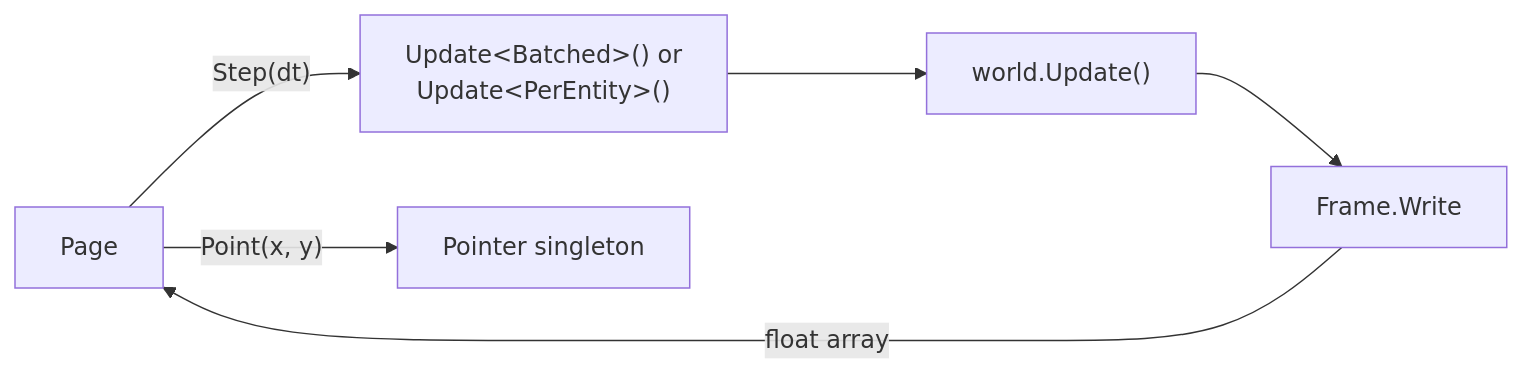
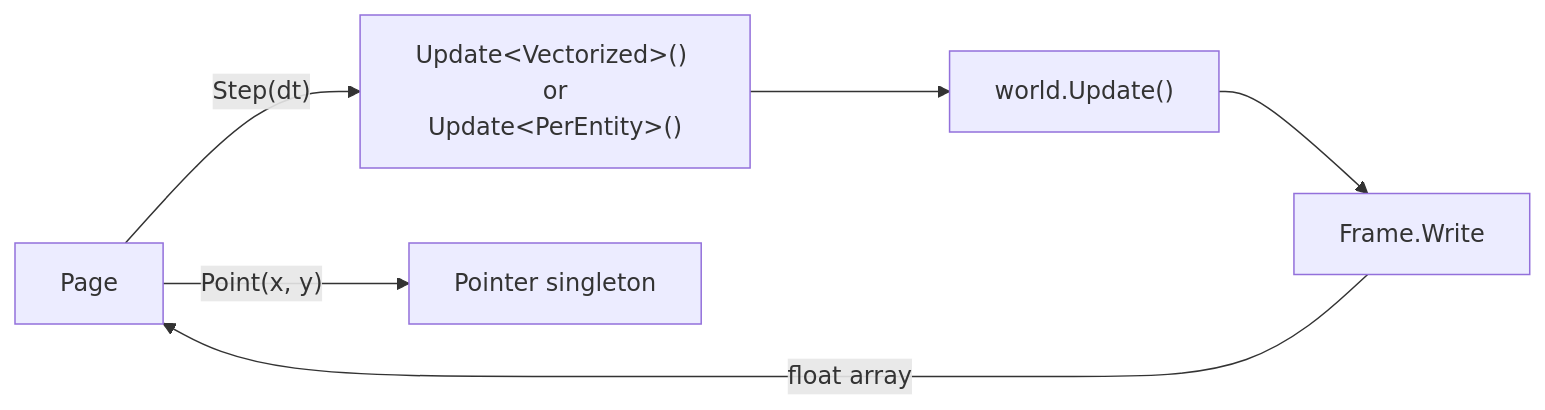
The diagram in docs/content/demo.mdx (JasonXuDeveloper/EasyEcs), drawn with Mermaid before and after one commit. The commit also changed other lines of this file and 1 other file, not shown here.

First line of the commit message:
Docs: the demo page names the motion systems that exist (vector loops against SimdMode.Off)

````diff
--- a/docs/content/demo.mdx
+++ b/docs/content/demo.mdx
@@ -42,8 +42,8 @@
 ```mermaid
 flowchart LR
-    P[Page] -->|"Step(dt)"| M["Update&lt;Batched&gt;() or<br/>Update&lt;PerEntity&gt;()"]
+    P[Page] -->|"Step(dt)"| M["Update&lt;Vectorized&gt;() or<br/>Update&lt;PerEntity&gt;()"]
     M --> U["world.Update()"]
     U --> F[Frame.Write]
     F -->|float array| P
     P -->|"Point(x, y)"| S[Pointer singleton]
 ```
````
